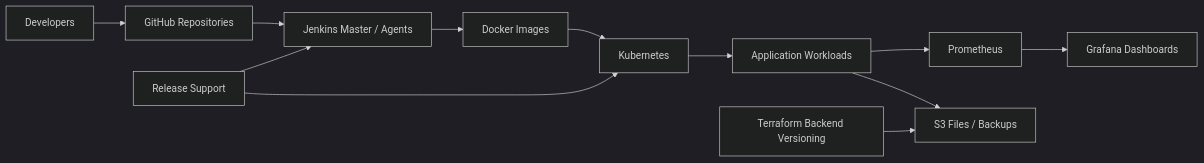
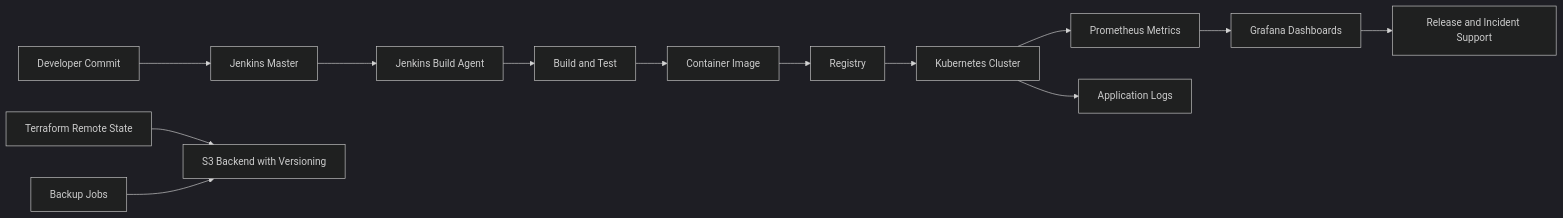
Before and after one commit to saurabhdindokar/saurabhdindokar.github.io: the diagram in project-pocs/07-digital-media-kubernetes-monitoring-poc.md, drawn with Mermaid (dark theme). The commit also changed other lines of this file and 28 other files, not shown here.

````diff
--- a/project-pocs/07-digital-media-kubernetes-monitoring-poc.md
+++ b/project-pocs/07-digital-media-kubernetes-monitoring-poc.md
@@ -17,14 +24,15 @@
 ```mermaid
 flowchart LR
-  Developers[Developers] --> GitHub[GitHub Repositories]
-  GitHub --> Jenkins[Jenkins Master / Agents]
-  Jenkins --> Docker[Docker Images]
-  Docker --> K8s[Kubernetes]
-  K8s --> App[Application Workloads]
-  App --> Prom[Prometheus]
+  Dev[Developer Commit] --> JenkinsMaster[Jenkins Master]
+  JenkinsMaster --> Agent[Jenkins Build Agent]
+  Agent --> Build[Build and Test]
+  Build --> Image[Container Image]
+  Image --> Registry[Registry]
+  Registry --> K8s[Kubernetes Cluster]
+  K8s --> Prom[Prometheus Metrics]
   Prom --> Grafana[Grafana Dashboards]
-  App --> S3[S3 Files / Backups]
-  Terraform[Terraform Backend Versioning] --> S3
-  Ops[Release Support] --> Jenkins
-  Ops --> K8s
+  K8s --> Logs[Application Logs]
+  State[Terraform Remote State] --> S3[S3 Backend with Versioning]
+  Backup[Backup Jobs] --> S3
+  Grafana --> Support[Release and Incident Support]
 ```
````
